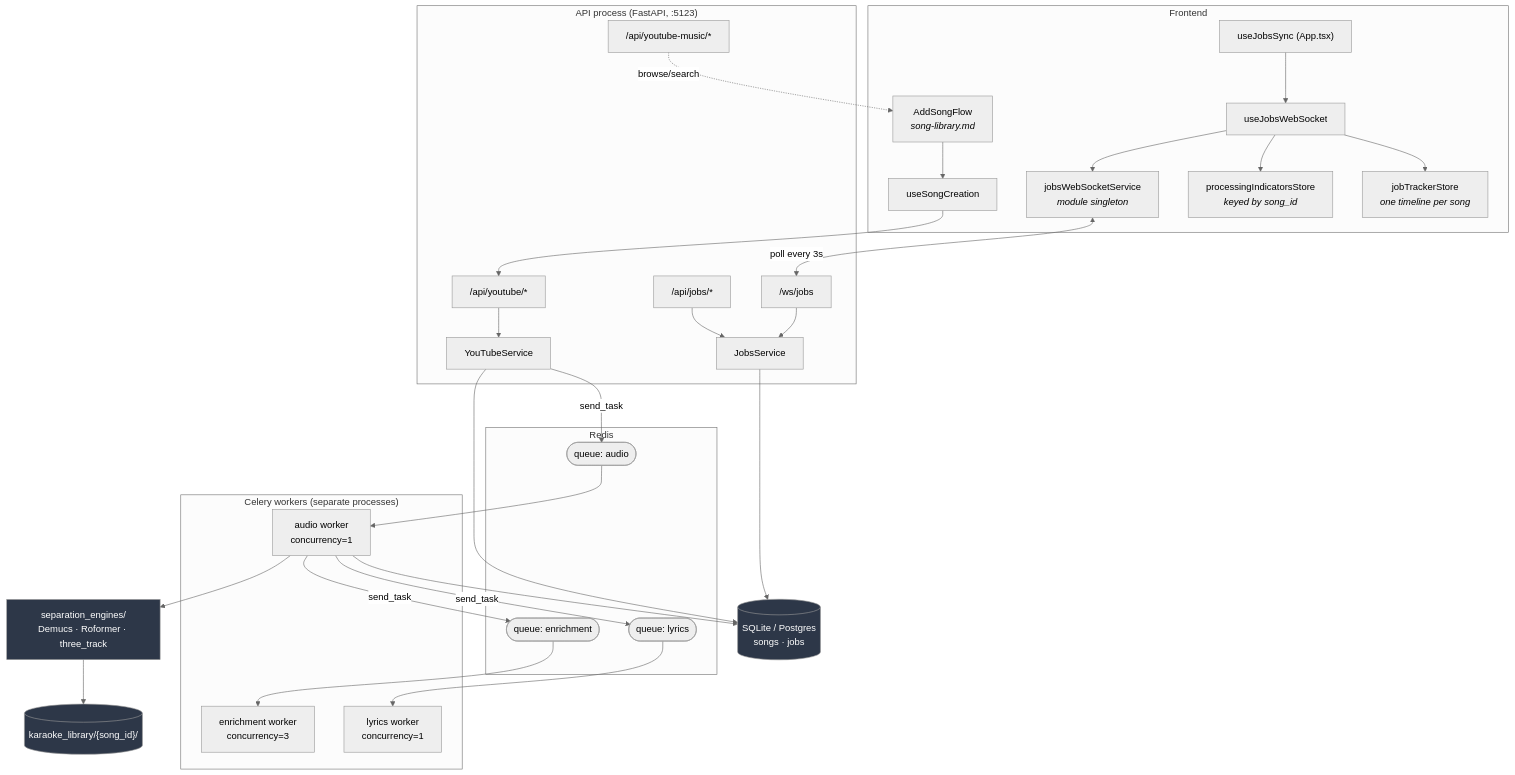
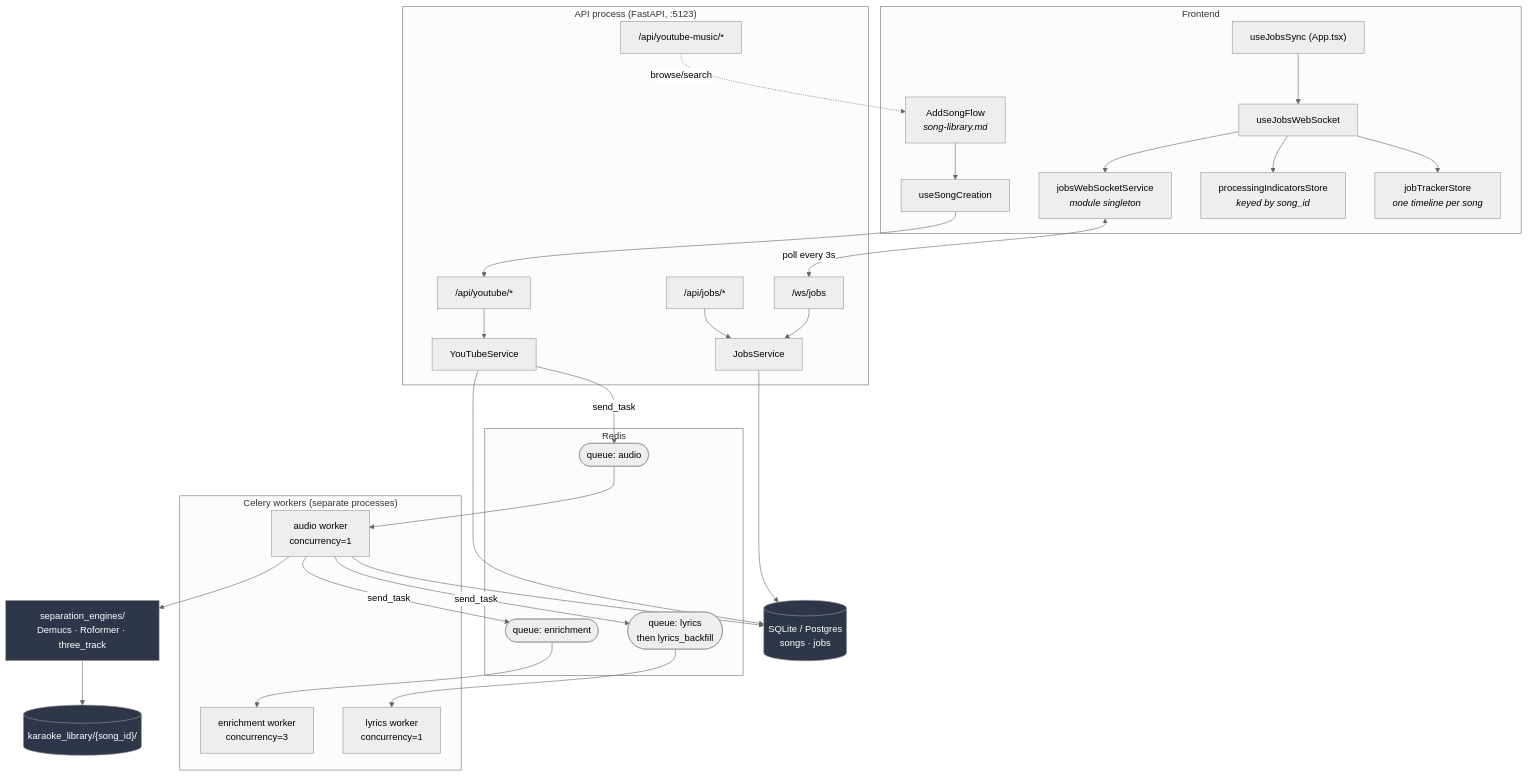
The first of 5 diagrams in docs/domains/ingestion-pipeline.md (spencerfrost/open-karaoke-studio), drawn with Mermaid (neutral theme) before and after one commit. The commit also changed other lines of this file and 25 other files, not shown here.

````diff
--- a/docs/domains/ingestion-pipeline.md
+++ b/docs/domains/ingestion-pipeline.md
@@ -8,57 +8,57 @@
 ```mermaid
 flowchart TB
     subgraph FE["Frontend"]
         Search["AddSongFlow<br/><i>song-library.md</i>"]
         Creation["useSongCreation"]
         WSHook["useJobsWebSocket"]
         Sync["useJobsSync (App.tsx)"]
         Store["processingIndicatorsStore<br/><i>keyed by song_id</i>"]
         Tracker["jobTrackerStore<br/><i>one timeline per song</i>"]
         WSSvc["jobsWebSocketService<br/><i>module singleton</i>"]
     end
 
     subgraph API["API process (FastAPI, :5123)"]
         YT["/api/youtube/*"]
         YTM["/api/youtube-music/*"]
         Jobs["/api/jobs/*"]
         WSJobs["/ws/jobs"]
         YTSvc["YouTubeService"]
         JobsSvc["JobsService"]
     end
 
     subgraph Broker["Redis"]
         QA(["queue: audio"])
         QE(["queue: enrichment"])
-        QL(["queue: lyrics"])
+        QL(["queue: lyrics<br/>then lyrics_backfill"])
     end
 
     subgraph Worker["Celery workers (separate processes)"]
         Audio["audio worker<br/>concurrency=1"]
         Enrich["enrichment worker<br/>concurrency=3"]
         Lyrics["lyrics worker<br/>concurrency=1"]
     end
 
     Engines["separation_engines/<br/>Demucs · Roformer · three_track"]
     DB[("SQLite / Postgres<br/>songs · jobs")]
     Disk[("karaoke_library/{song_id}/")]
 
     Search --> Creation --> YT
     YTM -.->|browse/search| Search
     YT --> YTSvc --> DB
     YTSvc -->|send_task| QA
     QA --> Audio --> Engines --> Disk
     Audio -->|send_task| QE & QL
     QE --> Enrich
     QL --> Lyrics
     Audio --> DB
     Jobs --> JobsSvc --> DB
     WSJobs --> JobsSvc
     WSSvc <-->|"poll every 3s"| WSJobs
     WSHook --> WSSvc
     Sync --> WSHook --> Store
     WSHook --> Tracker
 
     style Engines fill:#2d3748,color:#fff
     style Disk fill:#2d3748,color:#fff
     style DB fill:#2d3748,color:#fff
 ```
````
